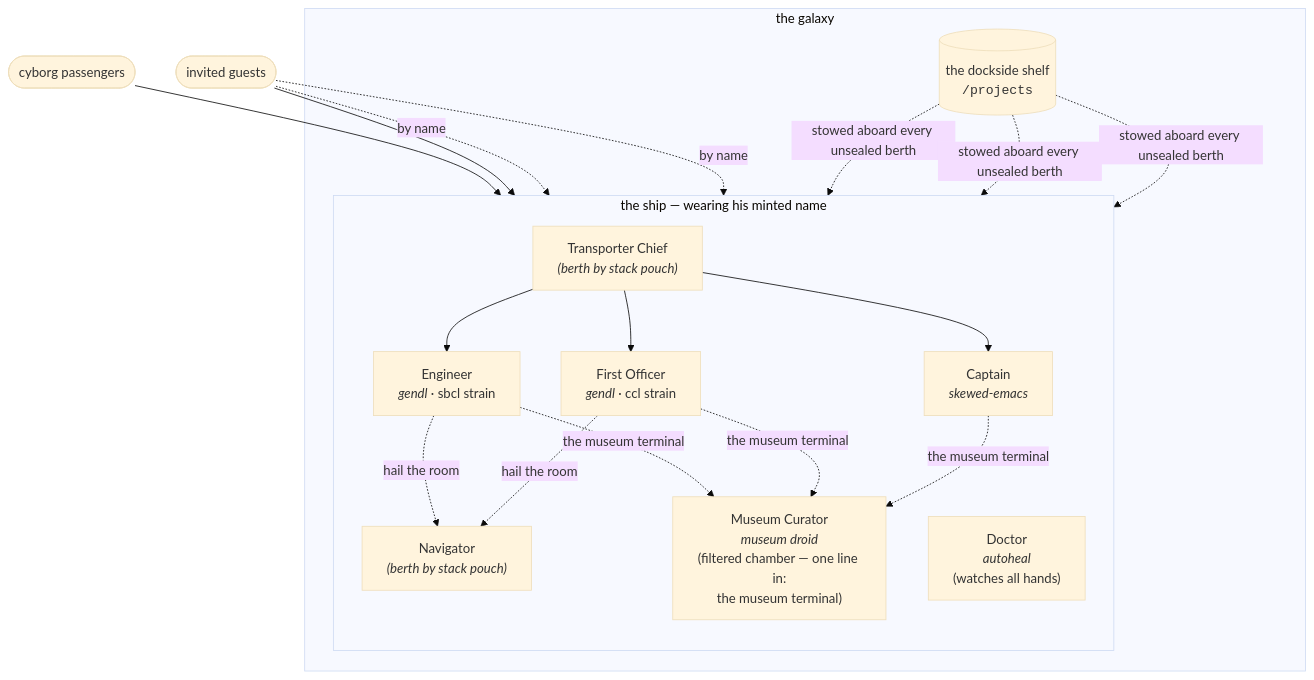
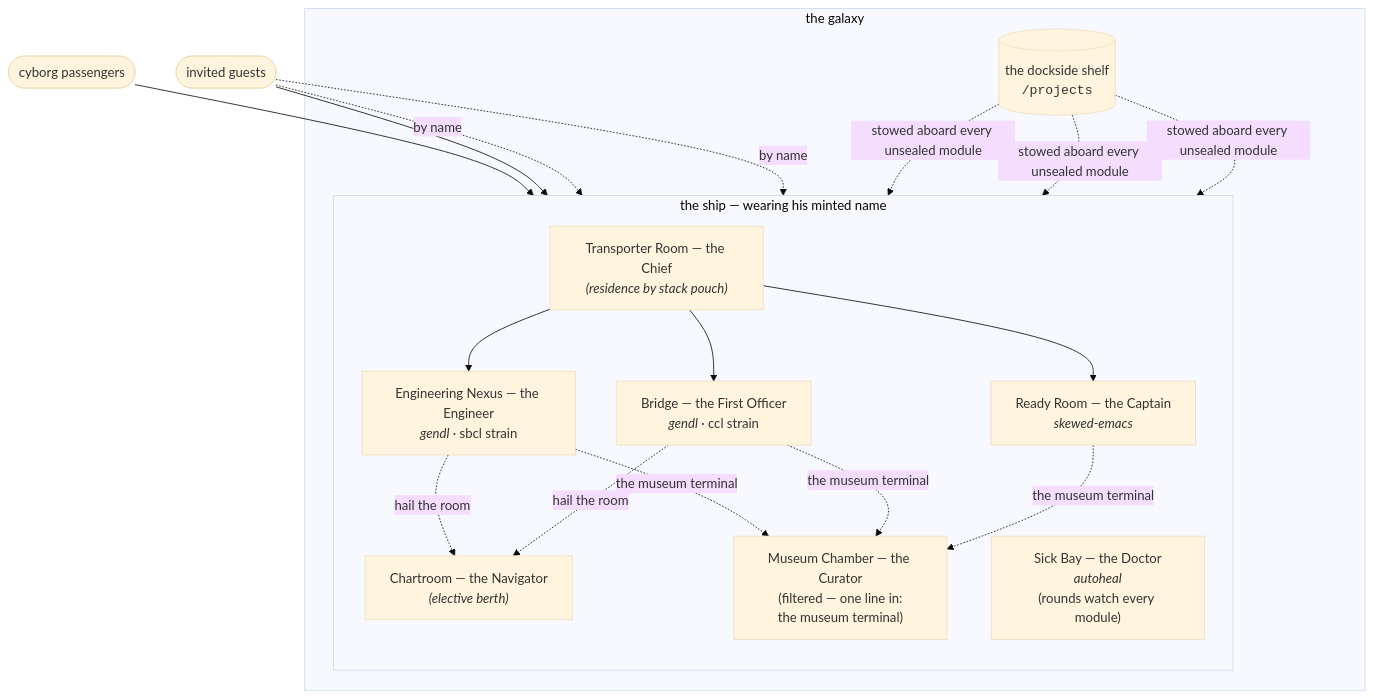
One commit to gornskew/basilisk changed the second of 2 diagrams in BASILISK.md. Above: the diagram before and after it, drawn with Mermaid (base theme). The commit also changed other lines of this file and 1 other file, not shown here.

````diff
--- a/BASILISK.md
+++ b/BASILISK.md
@@ -198,23 +234,23 @@
 ```mermaid
 flowchart TB
     subgraph galaxy["the galaxy"]
       subgraph ship["the ship — wearing his minted name"]
         direction TB
-        CPT["Captain<br/><i>skewed-emacs</i>"]
-        FO["First Officer<br/><i>gendl</i> · ccl strain"]
-        SE["Engineer<br/><i>gendl</i> · sbcl strain"]
-        MED["Doctor<br/><i>autoheal</i><br/>(watches all hands)"]
-        TC["Transporter Chief<br/><i>(berth by stack pouch)</i>"]
-        NAV["Navigator<br/><i>(berth by stack pouch)</i>"]
-        CUR["Museum Curator<br/><i>museum droid</i><br/>(filtered chamber — one line in:<br/>the museum terminal)"]
+        RR["Ready Room — the Captain<br/><i>skewed-emacs</i>"]
+        BR["Bridge — the First Officer<br/><i>gendl</i> · ccl strain"]
+        EN["Engineering Nexus — the Engineer<br/><i>gendl</i> · sbcl strain"]
+        SB["Sick Bay — the Doctor<br/><i>autoheal</i><br/>(rounds watch every module)"]
+        TR["Transporter Room — the Chief<br/><i>(residence by stack pouch)</i>"]
+        CH["Chartroom — the Navigator<br/><i>(elective berth)</i>"]
+        MC["Museum Chamber — the Curator<br/>(filtered — one line in:<br/>the museum terminal)"]
       end
       SHELF[("the dockside shelf<br/><code>/projects</code>")]
     end
-    P(["cyborg passengers"]) --> TC
-    G(["invited guests"]) --> CPT
-    G -.by name.-> FO & SE
-    TC --> CPT & FO & SE
-    FO & SE -.hail the room.-> NAV
-    CPT & FO & SE -.the museum terminal.-> CUR
-    SHELF -.stowed aboard every unsealed berth.-> CPT & FO & SE
+    P(["cyborg passengers"]) --> TR
+    G(["invited guests"]) --> RR
+    G -.by name.-> BR & EN
+    TR --> RR & BR & EN
+    BR & EN -.hail the room.-> CH
+    RR & BR & EN -.the museum terminal.-> MC
+    SHELF -.stowed aboard every unsealed module.-> RR & BR & EN
 ```
````
